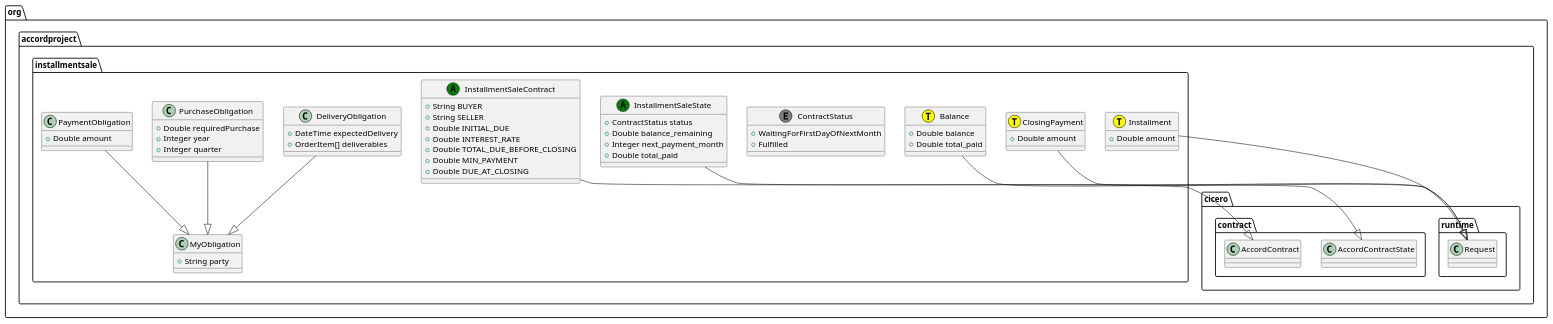
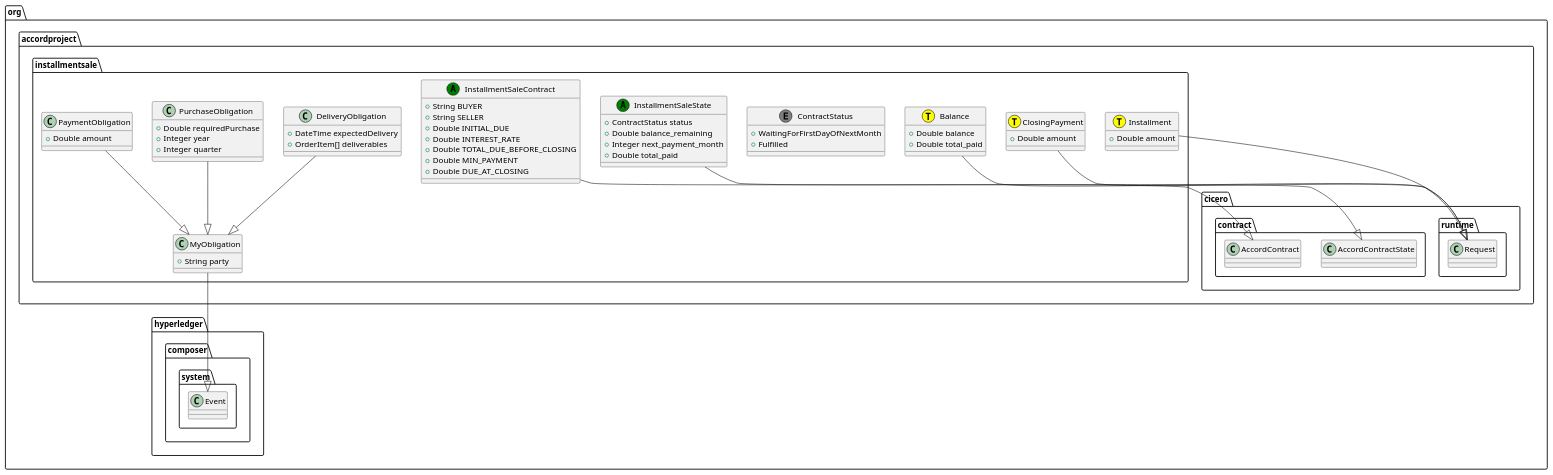
Before and after one commit to accordproject/cicero-template-library: the diagram in build/installment-sale@0.2.0.puml, drawn with PlantUML. The commit also changed 26 other files, not shown here.

```diff
--- a/build/installment-sale@0.2.0.puml
+++ b/build/installment-sale@0.2.0.puml
@@ -1,54 +1,55 @@
 @startuml
 class org.accordproject.installmentsale.Installment << (T,yellow) >> {
    + Double amount
 }
 org.accordproject.installmentsale.Installment --|> org.accordproject.cicero.runtime.Request
 class org.accordproject.installmentsale.ClosingPayment << (T,yellow) >> {
    + Double amount
 }
 org.accordproject.installmentsale.ClosingPayment --|> org.accordproject.cicero.runtime.Request
 class org.accordproject.installmentsale.Balance << (T,yellow) >> {
    + Double balance
    + Double total_paid
 }
 org.accordproject.installmentsale.Balance --|> org.accordproject.cicero.runtime.Request
 class org.accordproject.installmentsale.ContractStatus << (E,grey) >> {
    + WaitingForFirstDayOfNextMonth
    + Fulfilled
 }
 class org.accordproject.installmentsale.MyObligation {
    + String party
 }
+org.accordproject.installmentsale.MyObligation --|> org.hyperledger.composer.system.Event
 class org.accordproject.installmentsale.DeliveryObligation {
    + DateTime expectedDelivery
    + OrderItem[] deliverables
 }
 org.accordproject.installmentsale.DeliveryObligation --|> org.accordproject.installmentsale.MyObligation
 class org.accordproject.installmentsale.PurchaseObligation {
    + Double requiredPurchase
    + Integer year
    + Integer quarter
 }
 org.accordproject.installmentsale.PurchaseObligation --|> org.accordproject.installmentsale.MyObligation
 class org.accordproject.installmentsale.PaymentObligation {
    + Double amount
 }
 org.accordproject.installmentsale.PaymentObligation --|> org.accordproject.installmentsale.MyObligation
 class org.accordproject.installmentsale.InstallmentSaleState << (A,green) >> {
    + ContractStatus status
    + Double balance_remaining
    + Integer next_payment_month
    + Double total_paid
 }
 org.accordproject.installmentsale.InstallmentSaleState --|> org.accordproject.cicero.contract.AccordContractState
 class org.accordproject.installmentsale.InstallmentSaleContract << (A,green) >> {
    + String BUYER
    + String SELLER
    + Double INITIAL_DUE
    + Double INTEREST_RATE
    + Double TOTAL_DUE_BEFORE_CLOSING
    + Double MIN_PAYMENT
    + Double DUE_AT_CLOSING
 }
 org.accordproject.installmentsale.InstallmentSaleContract --|> org.accordproject.cicero.contract.AccordContract
 @enduml
```
